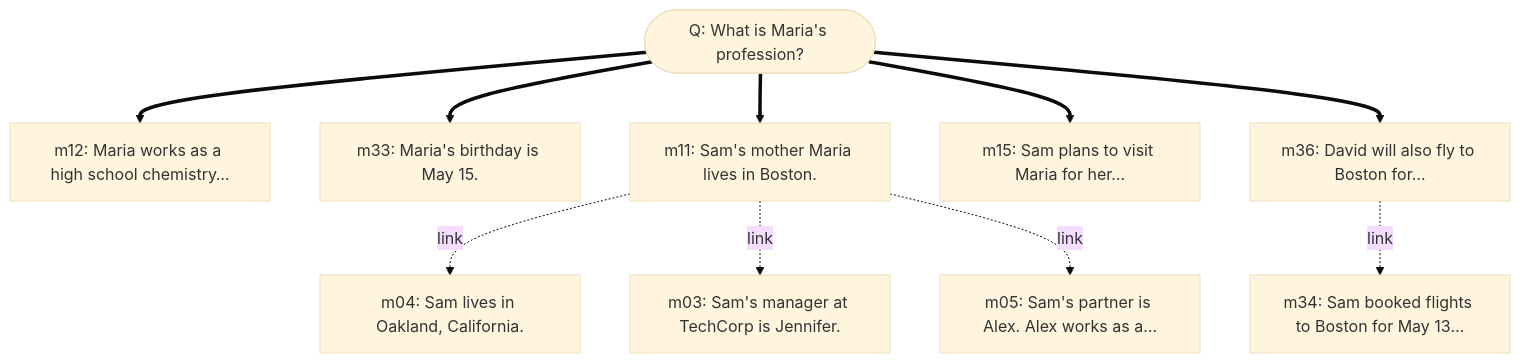
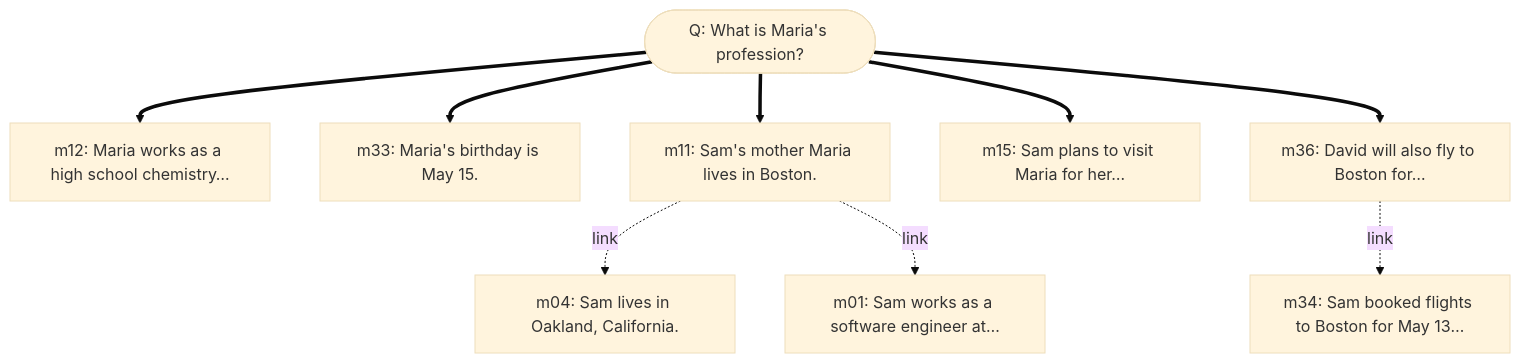
One commit to pandazxx/a-mem-reproduction changed the second of 22 diagrams in results/comparison/amem/traces.md. Above: the diagram before and after it, drawn with Mermaid (base theme). The commit also changed other lines of this file and 64 other files, not shown here.

````diff
--- a/results/comparison/amem/traces.md
+++ b/results/comparison/amem/traces.md
@@ -41,22 +41,20 @@
 ```mermaid
 graph TD
     Q(["Q: What is Maria's profession?"])
     m12["m12: Maria works as a high school chemistry…"]
     Q ==> m12
     m33["m33: Maria's birthday is May 15."]
     Q ==> m33
     m11["m11: Sam's mother Maria lives in Boston."]
     Q ==> m11
     m15["m15: Sam plans to visit Maria for her…"]
     Q ==> m15
     m36["m36: David will also fly to Boston for…"]
     Q ==> m36
     m04["m04: Sam lives in Oakland, California."]
     m11 -.->|link| m04
-    m03["m03: Sam's manager at TechCorp is Jennifer."]
-    m11 -.->|link| m03
-    m05["m05: Sam's partner is Alex. Alex works as a…"]
-    m11 -.->|link| m05
+    m01["m01: Sam works as a software engineer at…"]
+    m11 -.->|link| m01
     m34["m34: Sam booked flights to Boston for May 13…"]
     m36 -.->|link| m34
 ```
````
